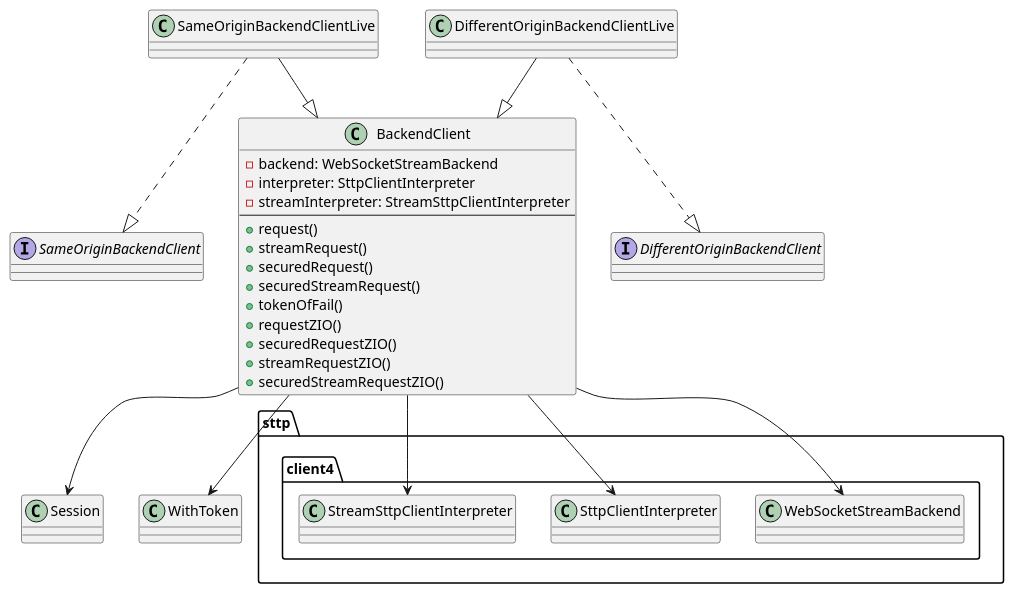
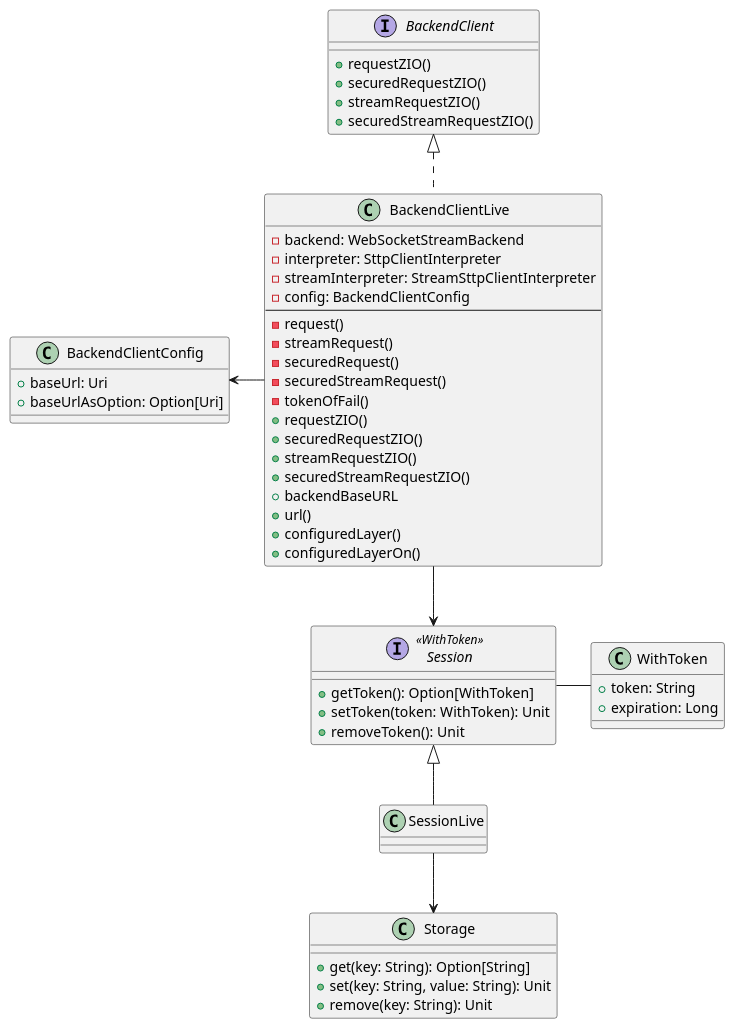
The diagram in docs/_docs/architecture.puml (cheleb/zio-laminar-tapir), drawn with PlantUML before and after one commit. The commit also changed 4 other files, not shown here.

Commit message:
refactor: add documentation project, update architecture diagram, and enhance website configuration

```diff
--- a/docs/_docs/architecture.puml
+++ b/docs/_docs/architecture.puml
@@ -1,56 +1,69 @@
-@startuml "ZioTapir Architecture Overview"
+@startuml "architecture"
 
-class BackendClient {
-  - backend: WebSocketStreamBackend
-  - interpreter: SttpClientInterpreter
-  - streamInterpreter: StreamSttpClientInterpreter
-  --
-  +request()
-  +streamRequest()
-  +securedRequest()
-  +securedStreamRequest()
-  +tokenOfFail()
+interface BackendClient {
   +requestZIO()
   +securedRequestZIO()
   +streamRequestZIO()
   +securedStreamRequestZIO()
 }
 
+class BackendClientLive {
+  - backend: WebSocketStreamBackend
+  - interpreter: SttpClientInterpreter
+  - streamInterpreter: StreamSttpClientInterpreter
+  - config: BackendClientConfig
+  --
+  -request()
+  -streamRequest()
+  -securedRequest()
+  -securedStreamRequest()
+  -tokenOfFail()
+  +requestZIO()
+  +securedRequestZIO()
+  +streamRequestZIO()
+  +securedStreamRequestZIO()
+}
 
-class Session
+object BackendClientLive {
+  +backendBaseURL
+  +url()
+  +configuredLayer()
+  +configuredLayerOn()
+}
 
-
-
-package "sttp.client4" {
-  class WebSocketStreamBackend
-  class SttpClientInterpreter
-  class StreamSttpClientInterpreter
+class BackendClientConfig {
+  +baseUrl: Uri
+  +baseUrlAsOption: Option[Uri]
 }
 
 
-class WithToken
+interface Session <<WithToken>> {
+  +getToken(): Option[WithToken]
+  +setToken(token: WithToken): Unit
+  +removeToken(): Unit
+}
+
+class SessionLive extends Session 
+
+class Storage {
+  +get(key: String): Option[String]
+  +set(key: String, value: String): Unit
+  +remove(key: String): Unit
+}
 
 
+class WithToken {
+  +token: String
+  +expiration: Long
+}
+
 ' Relationships
+BackendClientLive .up.|> BackendClient
 
-BackendClient --> WebSocketStreamBackend
-BackendClient --> SttpClientInterpreter
-BackendClient --> StreamSttpClientInterpreter
-BackendClient --> Session
-BackendClient --> WithToken
+BackendClientLive -left-> BackendClientConfig
+Session -right- WithToken
+BackendClientLive --> Session
+SessionLive --> Storage
 
-interface SameOriginBackendClient
-
-class SameOriginBackendClientLive
-
-SameOriginBackendClientLive --|> BackendClient
-SameOriginBackendClientLive ..|> SameOriginBackendClient
-
-interface DifferentOriginBackendClient
-
-class DifferentOriginBackendClientLive
-
-DifferentOriginBackendClientLive --|> BackendClient
-DifferentOriginBackendClientLive ..|> DifferentOriginBackendClient
 
 @enduml
```
